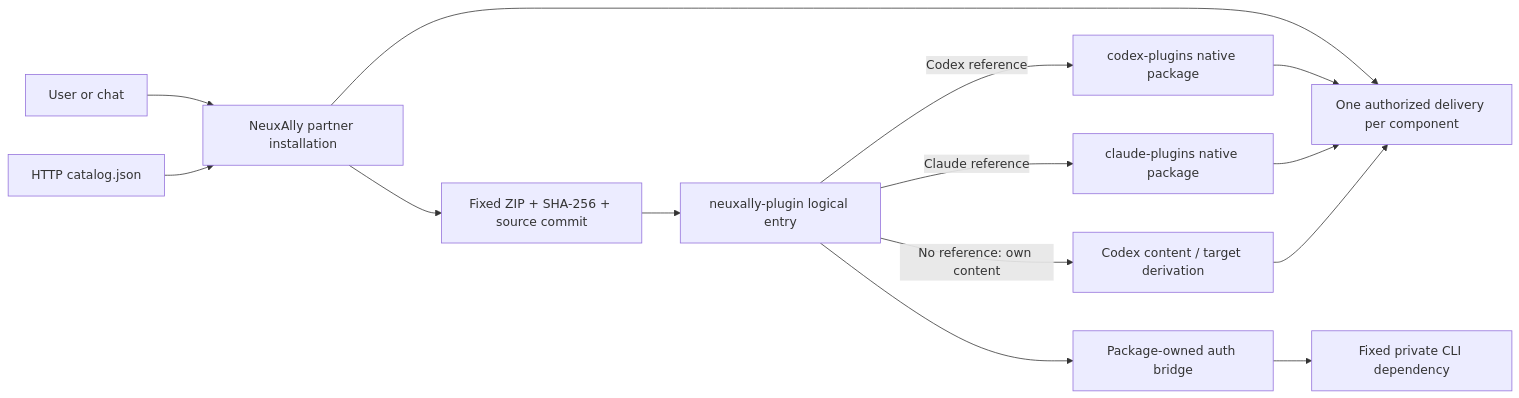
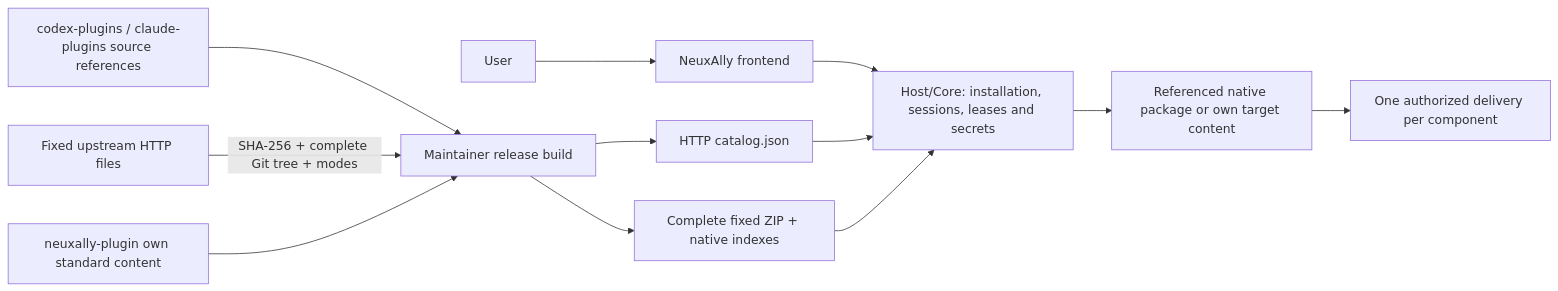
The first of 2 diagrams in README.md (JieWaZi/NeuAally-Plugins), drawn with Mermaid before and after one commit. The commit also changed other lines of this file and 28 other files, not shown here.

````diff
--- a/README.md
+++ b/README.md
@@ -22,16 +30,14 @@
 ```mermaid
 flowchart LR
-  User[User or chat] --> Host[NeuxAlly partner installation]
-  Catalog[HTTP catalog.json] --> Host
-  Host --> ZIP[Fixed ZIP + SHA-256 + source commit]
-  ZIP --> Entry[neuxally-plugin logical entry]
-  Entry -->|Codex reference| Codex[codex-plugins native package]
-  Entry -->|Claude reference| Claude[claude-plugins native package]
-  Entry -->|No reference: own content| Own[Codex content / target derivation]
-  Entry --> Auth[Package-owned auth bridge]
-  Auth --> Dependency[Fixed private CLI dependency]
-  Host --> Runtime[One authorized delivery per component]
-  Codex --> Runtime
-  Claude --> Runtime
-  Own --> Runtime
+  Sources[codex-plugins / claude-plugins source references] --> Build[Maintainer release build]
+  Upstream[Fixed upstream HTTP files] -->|SHA-256 + complete Git tree + modes| Build
+  Own[neuxally-plugin own standard content] --> Build
+  Build --> ZIP[Complete fixed ZIP + native indexes]
+  Build --> Catalog[HTTP catalog.json]
+  User[User] --> UI[NeuxAlly frontend]
+  UI --> Core[Host/Core: installation, sessions, leases and secrets]
+  Catalog --> Core
+  ZIP --> Core
+  Core --> Target[Referenced native package or own target content]
+  Target --> Runtime[One authorized delivery per component]
 ```
````
